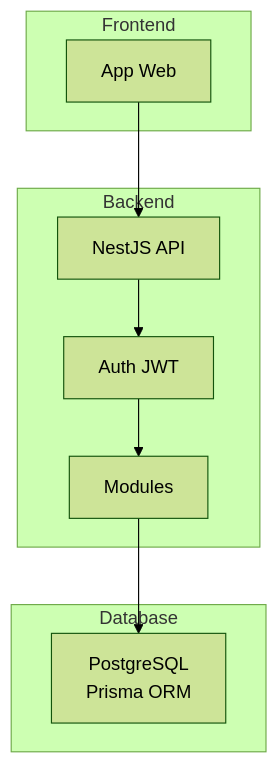
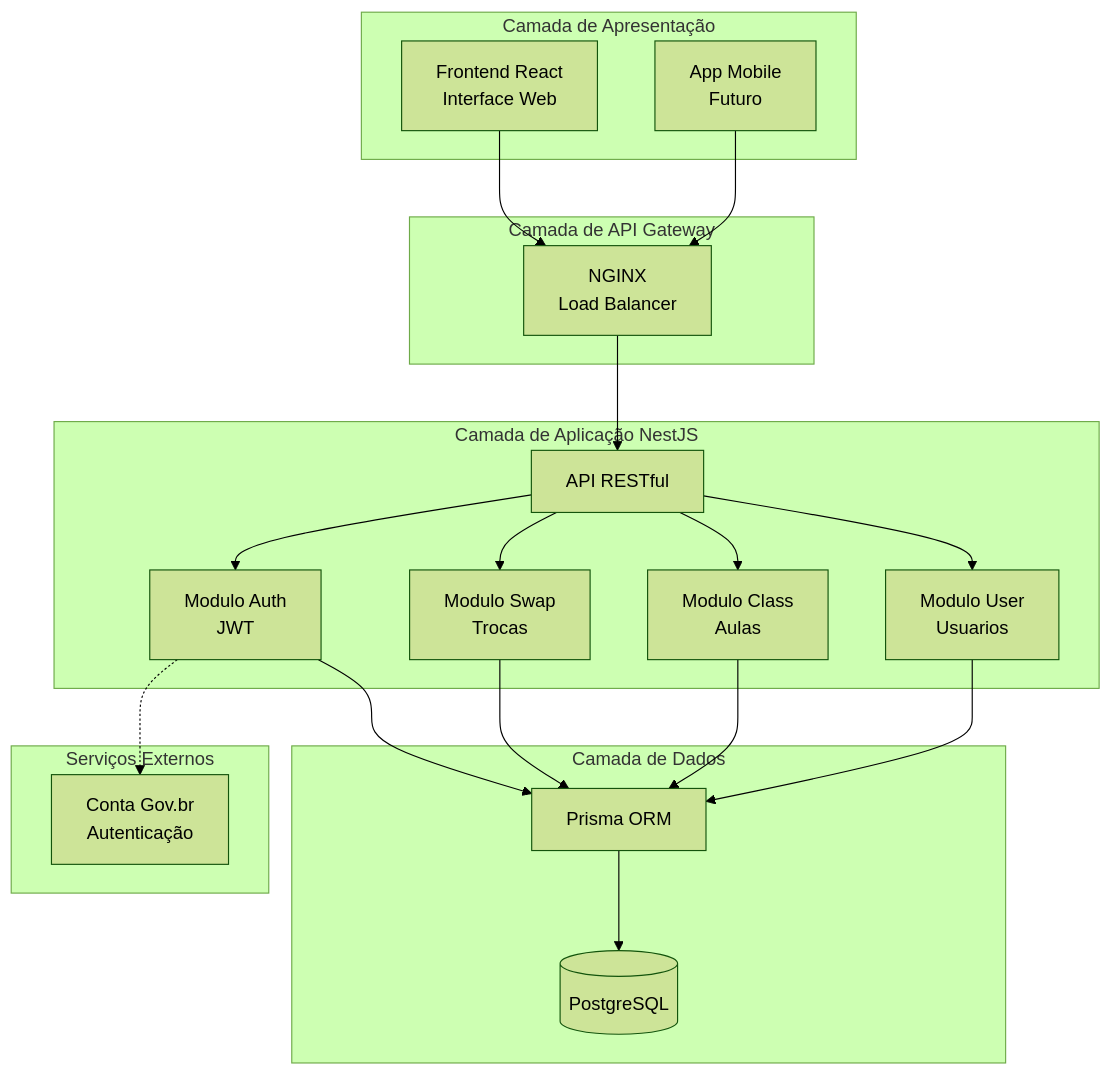
Before and after one commit to TROCA-AULA/troca-aula-backend: the fourth of 7 diagrams in docs/01-visao-geral.md, drawn with Mermaid (forest theme). The commit also changed other lines of this file and 40 other files, not shown here.

````diff
--- a/docs/01-visao-geral.md
+++ b/docs/01-visao-geral.md
@@ -52,21 +146,42 @@
 ```mermaid
 graph TB
-    subgraph Frontend
-        F[App Web]
+    subgraph "Camada de Apresentação"
+        FE[Frontend React<br/>Interface Web]
+        FE_Mobile[App Mobile<br/>Futuro]
     end
     
-    subgraph Backend
-        API[NestJS API]
-        AUTH[Auth JWT]
-        MOD[Modules]
+    subgraph "Camada de API Gateway"
+        NGINX[NGINX<br/>Load Balancer]
     end
     
-    subgraph Database
-        DB[PostgreSQL<br/>Prisma ORM]
+    subgraph "Camada de Aplicação NestJS"
+        API[API RESTful]
+        AUTH[Modulo Auth<br/>JWT]
+        SWAP[Modulo Swap<br/>Trocas]
+        CLASS[Modulo Class<br/>Aulas]
+        USER[Modulo User<br/>Usuarios]
     end
     
-    F --> API
+    subgraph "Camada de Dados"
+        ORM[Prisma ORM]
+        DB[(PostgreSQL)]
+    end
+    
+    subgraph "Serviços Externos"
+        GOVBR[Conta Gov.br<br/>Autenticação]
+    end
+    
+    FE --> NGINX
+    FE_Mobile --> NGINX
+    NGINX --> API
     API --> AUTH
-    AUTH --> MOD
-    MOD --> DB
+    API --> SWAP
+    API --> CLASS
+    API --> USER
+    AUTH --> ORM
+    SWAP --> ORM
+    CLASS --> ORM
+    USER --> ORM
+    ORM --> DB
+    AUTH -.-> GOVBR
 ```
````
